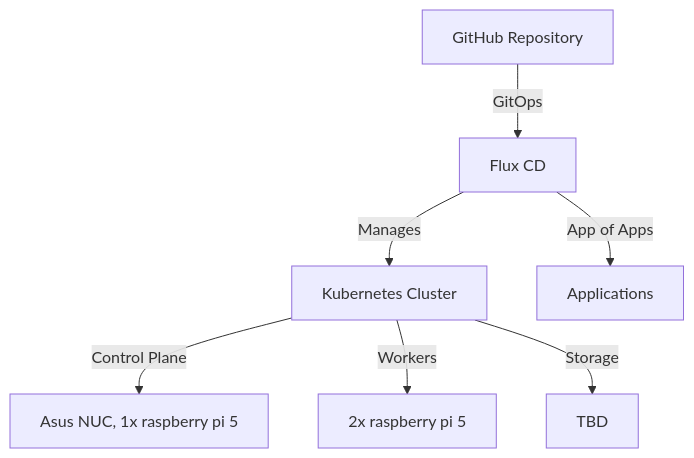
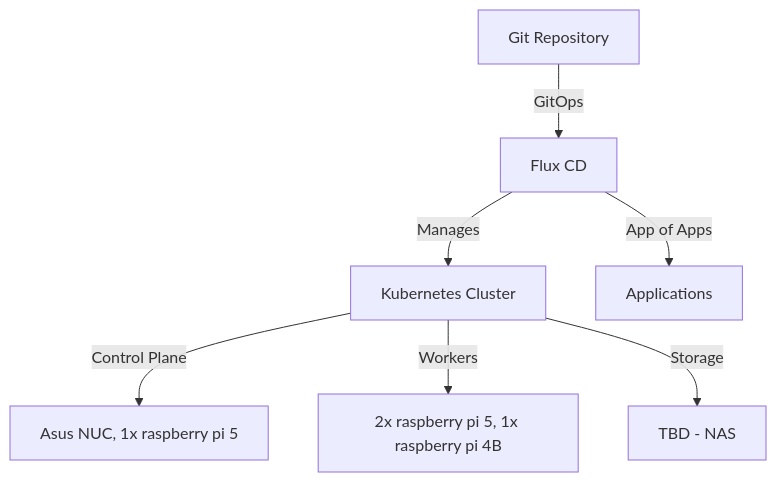
The diagram in README.md (paccao/homelab), drawn with Mermaid before and after one commit. The commit also changed other lines of this file, not shown here.

Commit message:
Update readme about hardware and storage again

````diff
--- a/README.md
+++ b/README.md
@@ -35,9 +35,9 @@
 ```mermaid
 graph TD
-    A[GitHub Repository] -->|GitOps| B[Flux CD]
+    A[Git Repository] -->|GitOps| B[Flux CD]
     B -->|Manages| C[Kubernetes Cluster]
     C -->|Control Plane| D[Asus NUC, 1x raspberry pi 5]
-    C -->|Workers| E[2x raspberry pi 5]
-    C -->|Storage| F[TBD]
+    C -->|Workers| E[2x raspberry pi 5, 1x raspberry pi 4B]
+    C -->|Storage| F[TBD - NAS]
     B -->|App of Apps| G[Applications]
 ```
````
